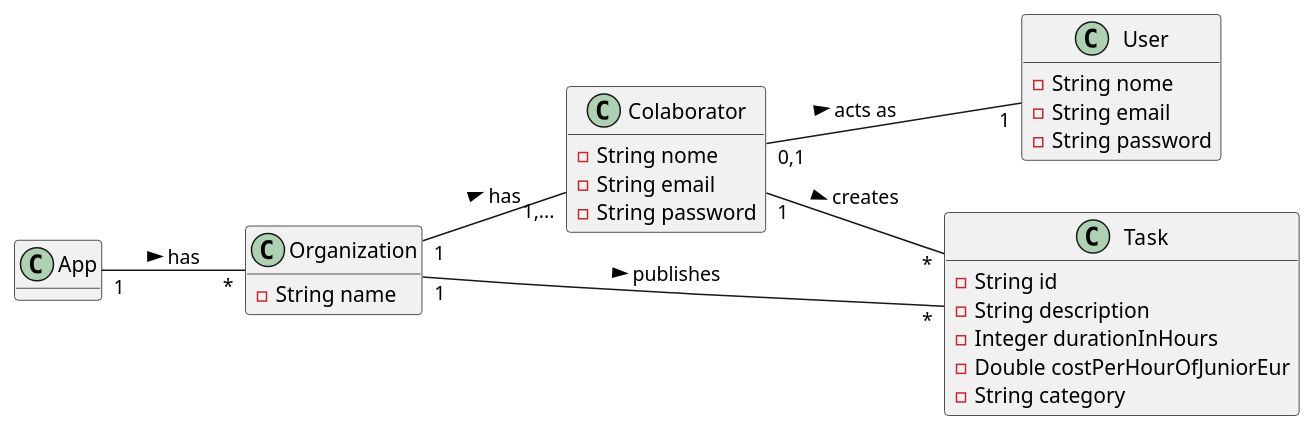
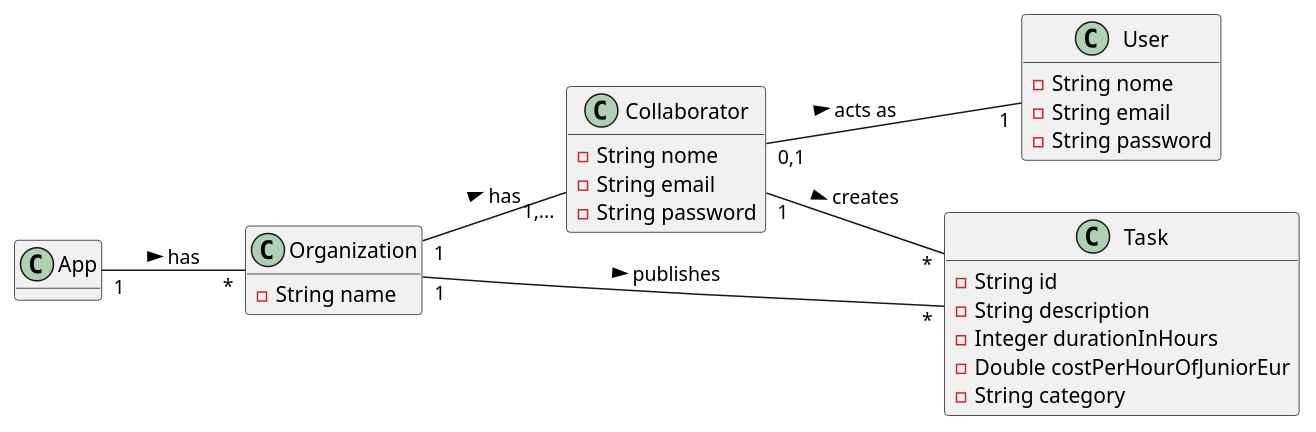
The diagram in docs/UC_02/UC02_MD.puml (botelho-io/lapr2-2020-g029), drawn with PlantUML before and after one commit. The commit also changed 23 other files, not shown here.

Commit message:
Colaborator -> Collaborator [Implementation]

```diff
--- a/docs/UC_02/UC02_MD.puml
+++ b/docs/UC_02/UC02_MD.puml
@@ -1,42 +1,42 @@
 @startuml
 
 hide methods
 left to right direction
 
 class App {
 
 }
 
 class Organization {
         - String name
 }
 
 
-class Colaborator {
+class Collaborator {
         - String nome
         - String email
         - String password
 }
 
 class Task {
         - String id
         - String description
         - Integer durationInHours
         - Double costPerHourOfJuniorEur
         - String category
 }
 
 class User {
         - String nome
         - String email
         - String password
 }
 
-Colaborator                "0,1" -- "1"      User                      : acts as >
-Colaborator                  "1" -- "*"      Task                      : creates >
-Organization                 "1" -- "1,..."  Colaborator               : has >
+Collaborator                "0,1" -- "1"      User                      : acts as >
+Collaborator                  "1" -- "*"      Task                      : creates >
+Organization                 "1" -- "1,..."  Collaborator               : has >
 Organization                 "1" -- "*"      Task                      : publishes >
 App                          "1" -- "*"      Organization              : has >
 
 
 @enduml
```
